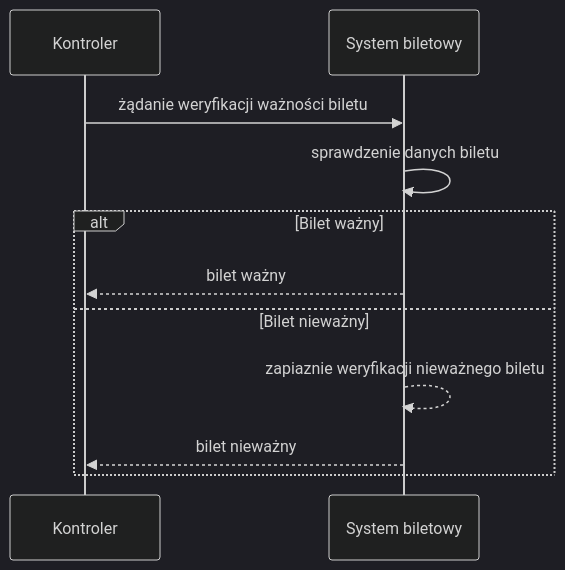
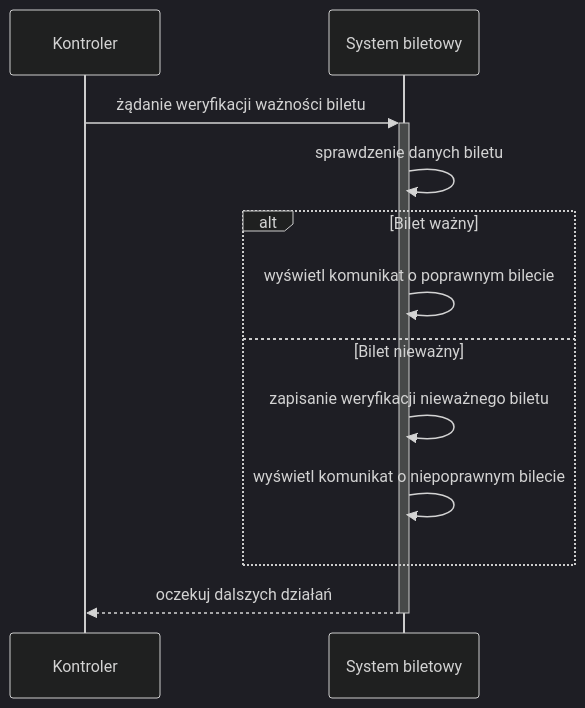
The third of 9 diagrams in system-biletowy.md (pilukal/MWO), drawn with Mermaid (dark theme) before and after one commit. The commit also changed other lines of this file, not shown here.

````diff
--- a/system-biletowy.md
+++ b/system-biletowy.md
@@ -128,17 +126,14 @@
 ```mermaid
 sequenceDiagram
- 
     PARTICIPANT USER AS Kontroler
     PARTICIPANT SB AS System biletowy
-
-
-    USER->>SB: żądanie weryfikacji ważności biletu
+    USER->>+SB: żądanie weryfikacji ważności biletu
     SB->>SB: sprawdzenie danych biletu
     ALT Bilet ważny
-    SB-->>USER: bilet ważny
+    SB->>SB: wyświetl komunikat o poprawnym bilecie
     ELSE Bilet nieważny
-    SB-->>SB: zapiaznie weryfikacji nieważnego biletu
-    SB-->>USER: bilet nieważny
+    SB->>SB: zapisanie weryfikacji nieważnego biletu
+    SB->>SB: wyświetl komunikat o niepoprawnym bilecie
     END
-
+    SB-->>-USER: oczekuj dalszych działań
 ```
````
